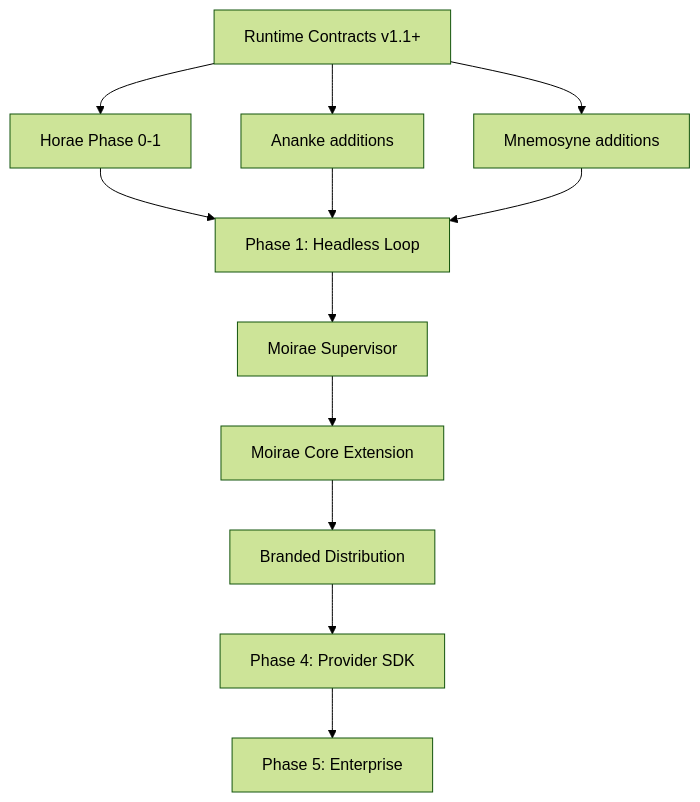
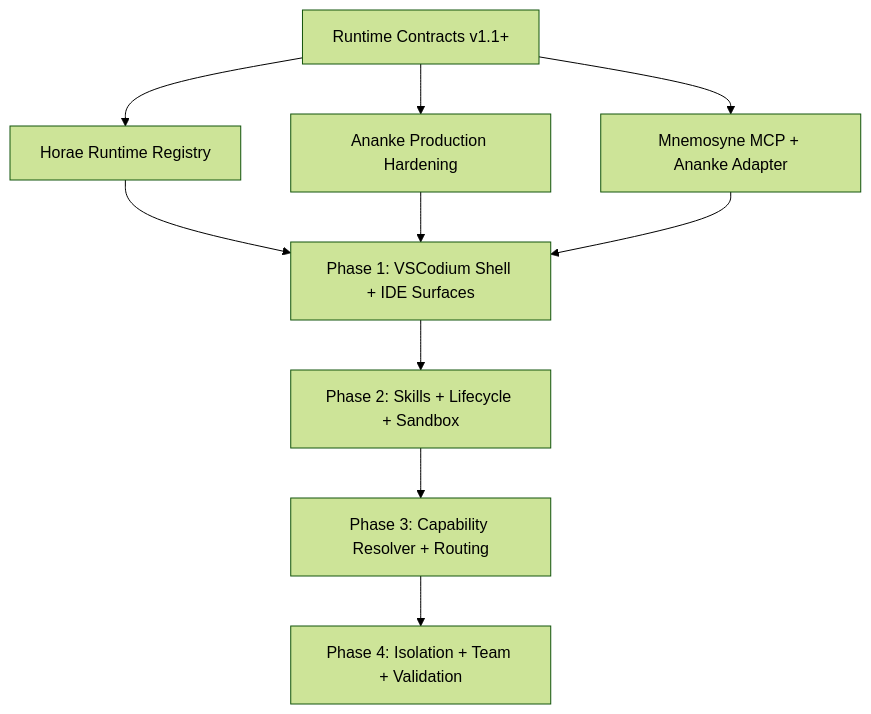
One commit to hourwise/Project-Moirae-Code changed the diagram in docs/ROADMAP.md. Above: the diagram before and after it, drawn with Mermaid (forest theme). The commit also changed other lines of this file and 2 other files, not shown here.

````diff
--- a/docs/ROADMAP.md
+++ b/docs/ROADMAP.md
@@ -298,17 +258,14 @@
 ```mermaid
 graph TD
-    RC[Runtime Contracts v1.1+] --> H[Horae Phase 0-1]
-    RC --> A[Ananke additions]
-    RC --> M[Mnemosyne additions]
-    
-    H --> P1[Phase 1: Headless Loop]
+    RC[Runtime Contracts v1.1+] --> H[Horae Runtime Registry]
+    RC --> A[Ananke Production Hardening]
+    RC --> M[Mnemosyne MCP + Ananke Adapter]
+
+    H --> P1[Phase 1: VSCodium Shell + IDE Surfaces]
     A --> P1
     M --> P1
-    
-    P1 --> S[Moirae Supervisor]
-    S --> E[Moirae Core Extension]
-    E --> D[Branded Distribution]
-    
-    D --> P4[Phase 4: Provider SDK]
-    P4 --> P5[Phase 5: Enterprise]
+
+    P1 --> P2[Phase 2: Skills + Lifecycle + Sandbox]
+    P2 --> P3[Phase 3: Capability Resolver + Routing]
+    P3 --> P4[Phase 4: Isolation + Team + Validation]
 ```
````
